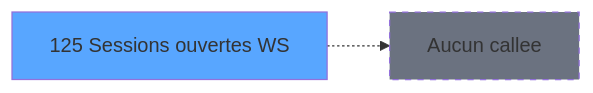
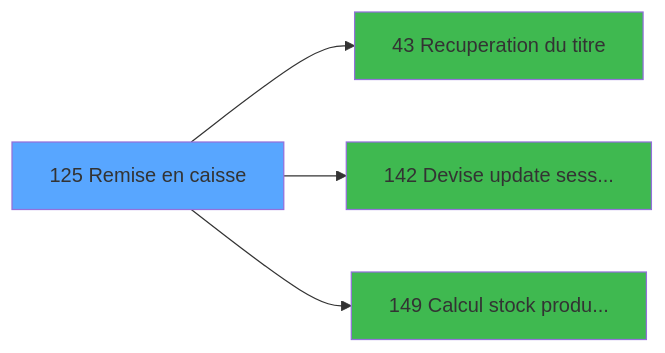
Before and after one commit to thonyAGP/lecteur-magic: the third of 3 diagrams in .openspec/specs/ADH-IDE-125.md, drawn with Mermaid. The commit also changed other lines of this file and 493 other files, not shown here.

````diff
--- a/.openspec/specs/ADH-IDE-125.md
+++ b/.openspec/specs/ADH-IDE-125.md
@@ -163,8 +341,14 @@
 ```mermaid
 graph LR
-    T125[125 Sessions ouvertes WS]
+    T125[125 Remise en caisse]
     style T125 fill:#58a6ff
-    NONE[Aucun callee]
-    T125 -.-> NONE
-    style NONE fill:#6b7280,stroke-dasharray: 5 5
+    C43[43 Recuperation du titre]
+    T125 --> C43
+    style C43 fill:#3fb950
+    C142[142 Devise update sess...]
+    T125 --> C142
+    style C142 fill:#3fb950
+    C149[149 Calcul stock produ...]
+    T125 --> C149
+    style C149 fill:#3fb950
 ```
````
